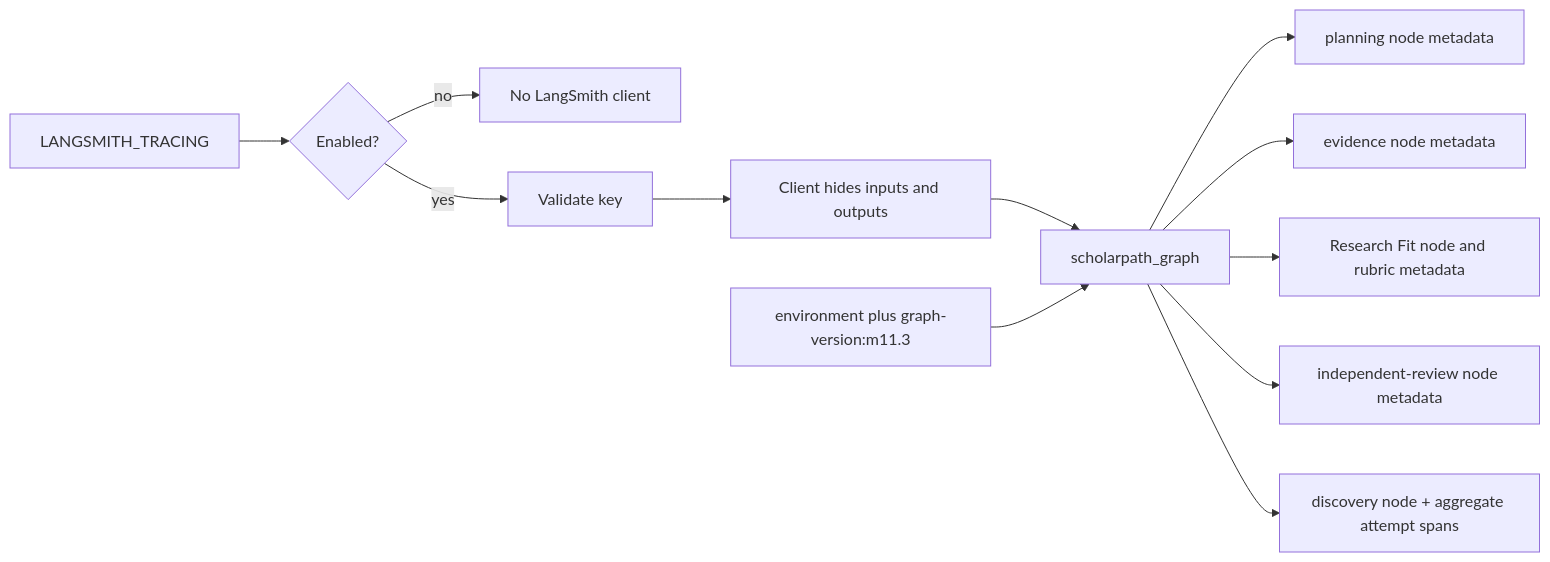
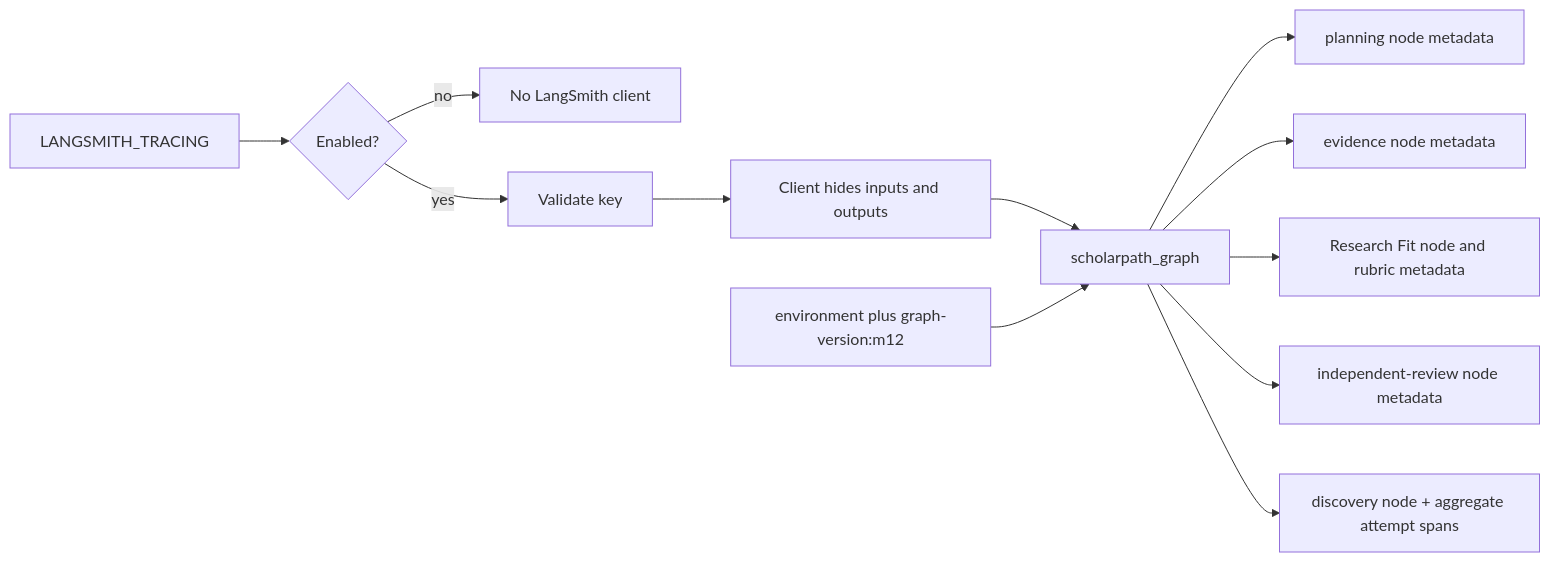
Before and after one commit to shanly-rajan/ai-builder: diagram 21 of 24 in projects/scholar-path/docs/architecture.md, drawn with Mermaid. The commit also changed other lines of this file and 36 other files, not shown here.

````diff
--- a/projects/scholar-path/docs/architecture.md
+++ b/projects/scholar-path/docs/architecture.md
@@ -829,14 +829,14 @@
 ```mermaid
 flowchart LR
     Env[LANGSMITH_TRACING] --> Enabled{Enabled?}
     Enabled -->|no| Off[No LangSmith client]
     Enabled -->|yes| Key[Validate key]
     Key --> Client[Client hides inputs and outputs]
     Client --> Root[scholarpath_graph]
     Root --> PlanTrace[planning node metadata]
     Root --> EvidenceTrace[evidence node metadata]
     Root --> FitTrace[Research Fit node and rubric metadata]
     Root --> ReviewTrace[independent-review node metadata]
     Root --> Discovery[discovery node + aggregate attempt spans]
-    Tags[environment plus graph-version:m11.3] --> Root
+    Tags[environment plus graph-version:m12] --> Root
 ```
````
